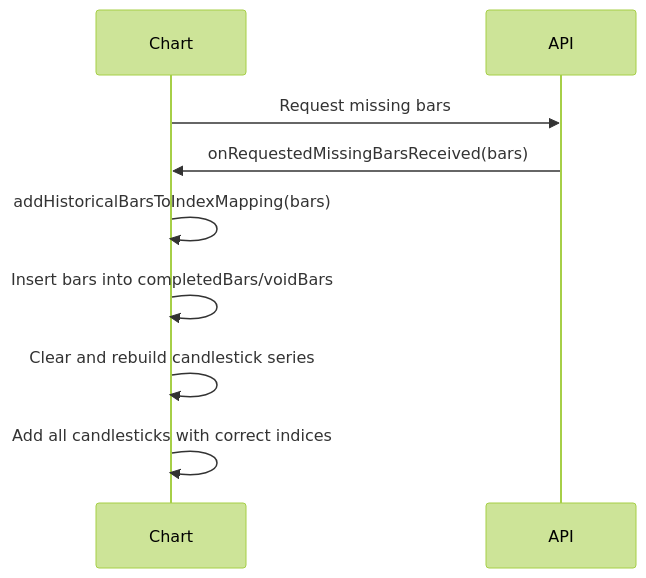
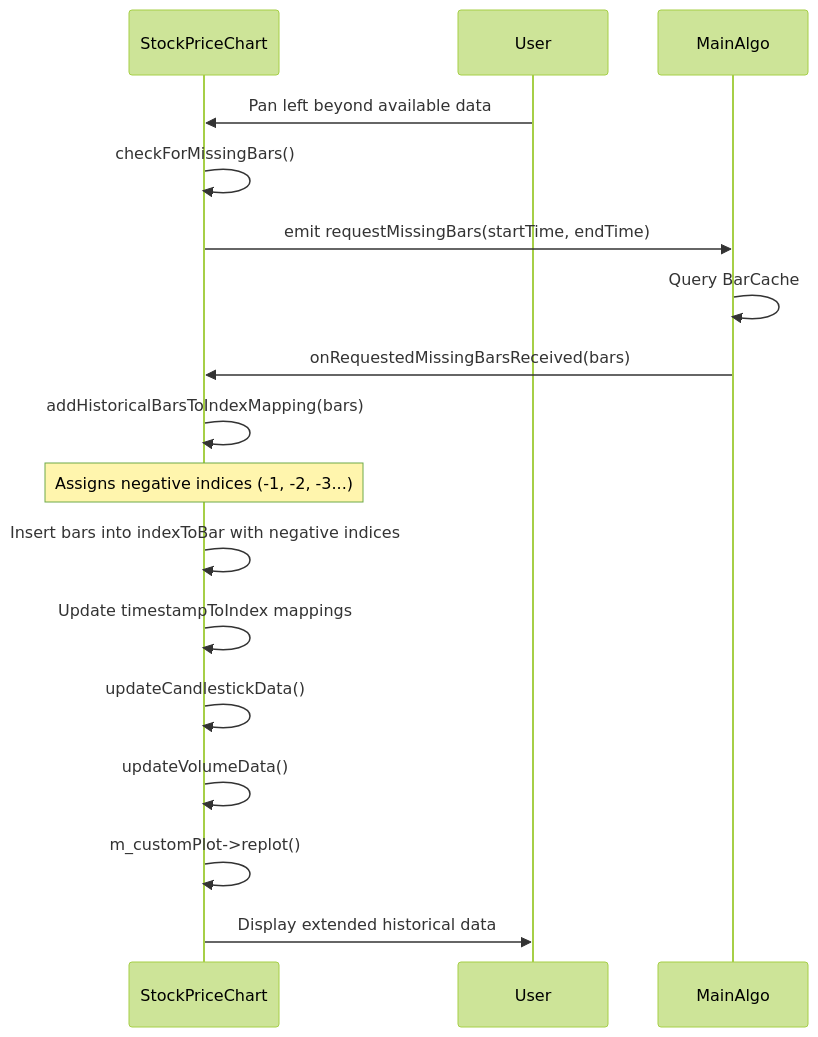
One commit to simonbeaudoin0935/OpenTraderPlatform changed the third of 3 diagrams in Doc/StockPriceChart_BarReception.md. Above: the diagram before and after it, drawn with Mermaid (forest theme). The commit also changed other lines of this file and 2 other files, not shown here.

Commit message:
Update Architecture and GUI docs - remove obsolete references, add missing components

````diff
--- a/Doc/StockPriceChart_BarReception.md
+++ b/Doc/StockPriceChart_BarReception.md
@@ -133,11 +82,19 @@
 ```mermaid
 sequenceDiagram
-    participant Chart
-    participant API
-    Chart->>API: Request missing bars
-    API->>Chart: onRequestedMissingBarsReceived(bars)
+    participant Chart as StockPriceChart
+    participant User
+    participant MainAlgo
+    User->>Chart: Pan left beyond available data
+    Chart->>Chart: checkForMissingBars()
+    Chart->>MainAlgo: emit requestMissingBars(startTime, endTime)
+    MainAlgo->>MainAlgo: Query BarCache
+    MainAlgo->>Chart: onRequestedMissingBarsReceived(bars)
     Chart->>Chart: addHistoricalBarsToIndexMapping(bars)
-    Chart->>Chart: Insert bars into completedBars/voidBars
-    Chart->>Chart: Clear and rebuild candlestick series
-    Chart->>Chart: Add all candlesticks with correct indices
+    Note over Chart: Assigns negative indices (-1, -2, -3...)
+    Chart->>Chart: Insert bars into indexToBar with negative indices
+    Chart->>Chart: Update timestampToIndex mappings
+    Chart->>Chart: updateCandlestickData()
+    Chart->>Chart: updateVolumeData()
+    Chart->>Chart: m_customPlot->replot()
+    Chart->>User: Display extended historical data
 ```
````
